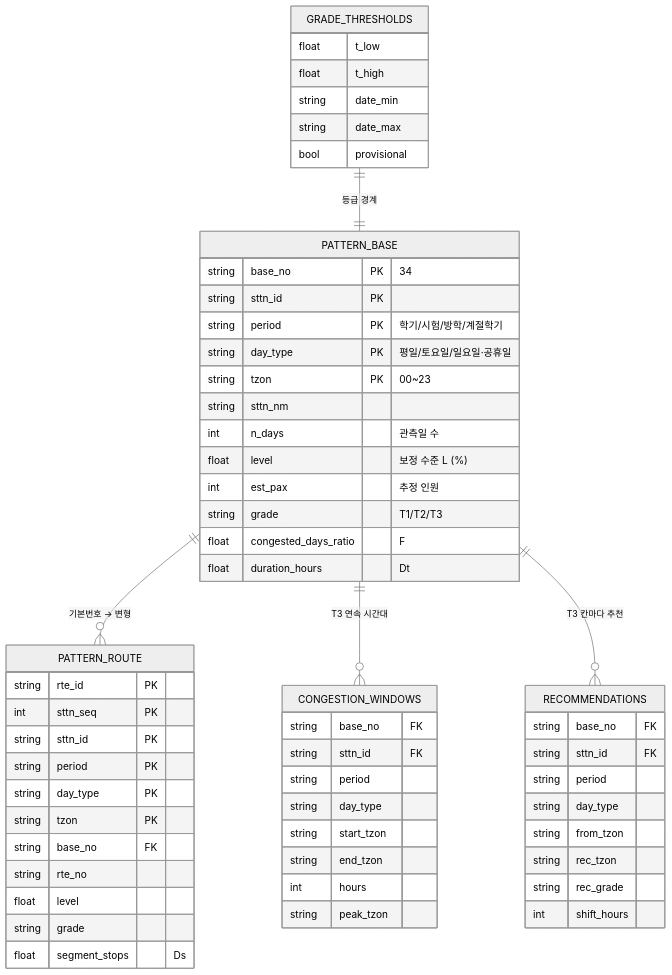
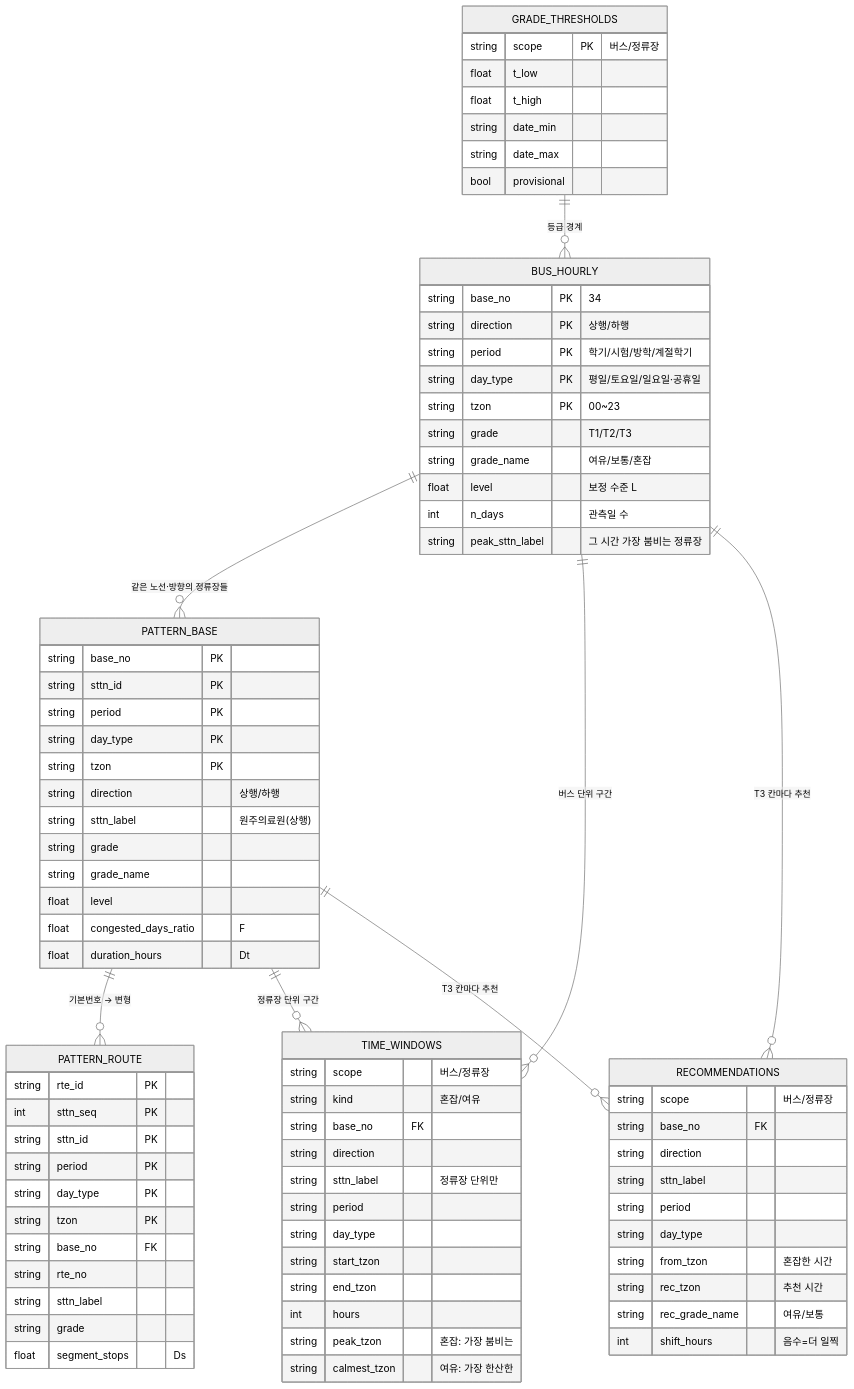
Before and after one commit to Nuloi/team8-capstone: the ninth of 10 diagrams in docs/architecture.md, drawn with Mermaid (neutral theme). The commit also changed other lines of this file and 14 other files, not shown here.

````diff
--- a/docs/architecture.md
+++ b/docs/architecture.md
@@ -333,16 +339,28 @@
 ```mermaid
 erDiagram
-    PATTERN_BASE {
+    BUS_HOURLY {
         string base_no PK "34"
-        string sttn_id PK
+        string direction PK "상행/하행"
         string period PK "학기/시험/방학/계절학기"
         string day_type PK "평일/토요일/일요일·공휴일"
         string tzon PK "00~23"
-        string sttn_nm
+        string grade "T1/T2/T3"
+        string grade_name "여유/보통/혼잡"
+        float level "보정 수준 L"
         int n_days "관측일 수"
-        float level "보정 수준 L (%)"
-        int est_pax "추정 인원"
-        string grade "T1/T2/T3"
+        string peak_sttn_label "그 시간 가장 붐비는 정류장"
+    }
+    PATTERN_BASE {
+        string base_no PK
+        string sttn_id PK
+        string period PK
+        string day_type PK
+        string tzon PK
+        string direction "상행/하행"
+        string sttn_label "원주의료원(상행)"
+        string grade
+        string grade_name
+        float level
         float congested_days_ratio "F"
         float duration_hours "Dt"
     }
@@ -355,31 +373,38 @@
         string tzon PK
         string base_no FK
         string rte_no
-        float level
+        string sttn_label
         string grade
         float segment_stops "Ds"
     }
-    CONGESTION_WINDOWS {
+    TIME_WINDOWS {
+        string scope "버스/정류장"
+        string kind "혼잡/여유"
         string base_no FK
-        string sttn_id FK
+        string direction
+        string sttn_label "정류장 단위만"
         string period
         string day_type
         string start_tzon
         string end_tzon
         int hours
-        string peak_tzon
+        string peak_tzon "혼잡: 가장 붐비는"
+        string calmest_tzon "여유: 가장 한산한"
     }
     RECOMMENDATIONS {
+        string scope "버스/정류장"
         string base_no FK
-        string sttn_id FK
+        string direction
+        string sttn_label
         string period
         string day_type
-        string from_tzon
-        string rec_tzon
-        string rec_grade
-        int shift_hours
+        string from_tzon "혼잡한 시간"
+        string rec_tzon "추천 시간"
+        string rec_grade_name "여유/보통"
+        int shift_hours "음수=더 일찍"
     }
     GRADE_THRESHOLDS {
+        string scope PK "버스/정류장"
         float t_low
         float t_high
         string date_min
@@ -387,8 +412,11 @@
         bool provisional
     }
 
+    BUS_HOURLY ||--o{ PATTERN_BASE : "같은 노선·방향의 정류장들"
     PATTERN_BASE ||--o{ PATTERN_ROUTE : "기본번호 → 변형"
-    PATTERN_BASE ||--o{ CONGESTION_WINDOWS : "T3 연속 시간대"
+    BUS_HOURLY ||--o{ TIME_WINDOWS : "버스 단위 구간"
+    PATTERN_BASE ||--o{ TIME_WINDOWS : "정류장 단위 구간"
+    BUS_HOURLY ||--o{ RECOMMENDATIONS : "T3 칸마다 추천"
     PATTERN_BASE ||--o{ RECOMMENDATIONS : "T3 칸마다 추천"
-    GRADE_THRESHOLDS ||--|| PATTERN_BASE : "등급 경계"
+    GRADE_THRESHOLDS ||--o{ BUS_HOURLY : "등급 경계"
 ```
````
